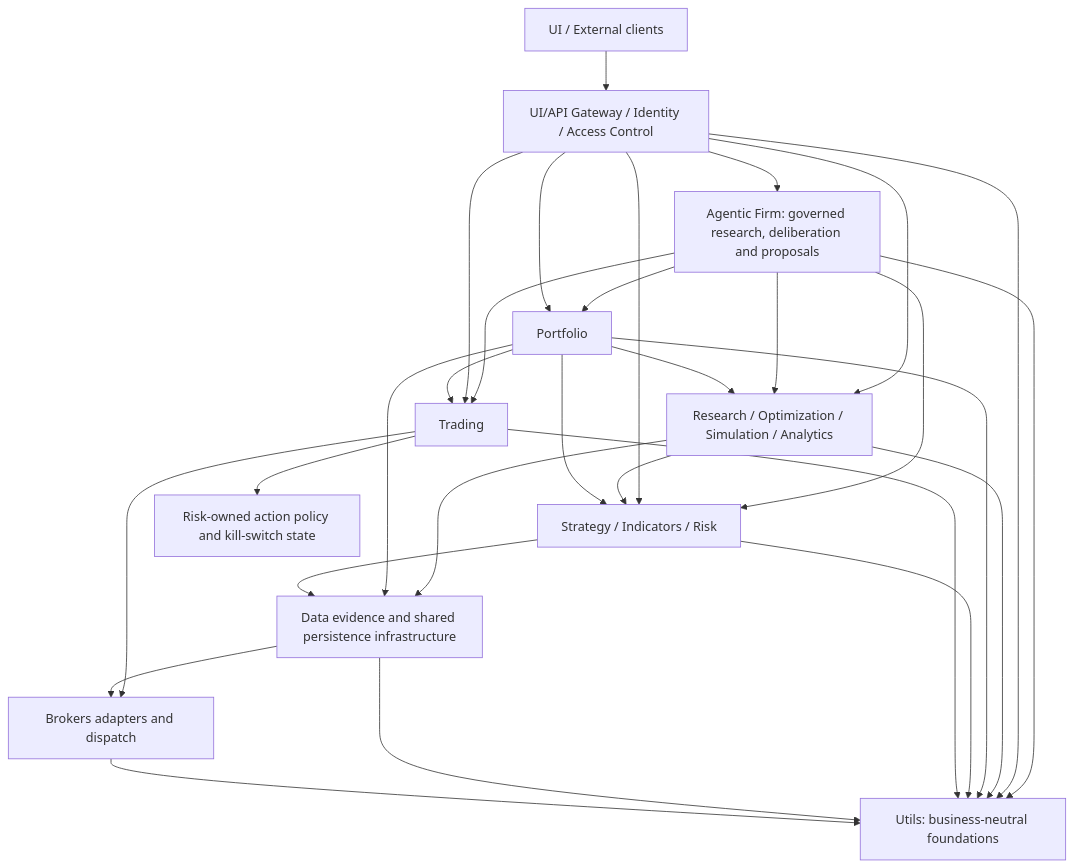
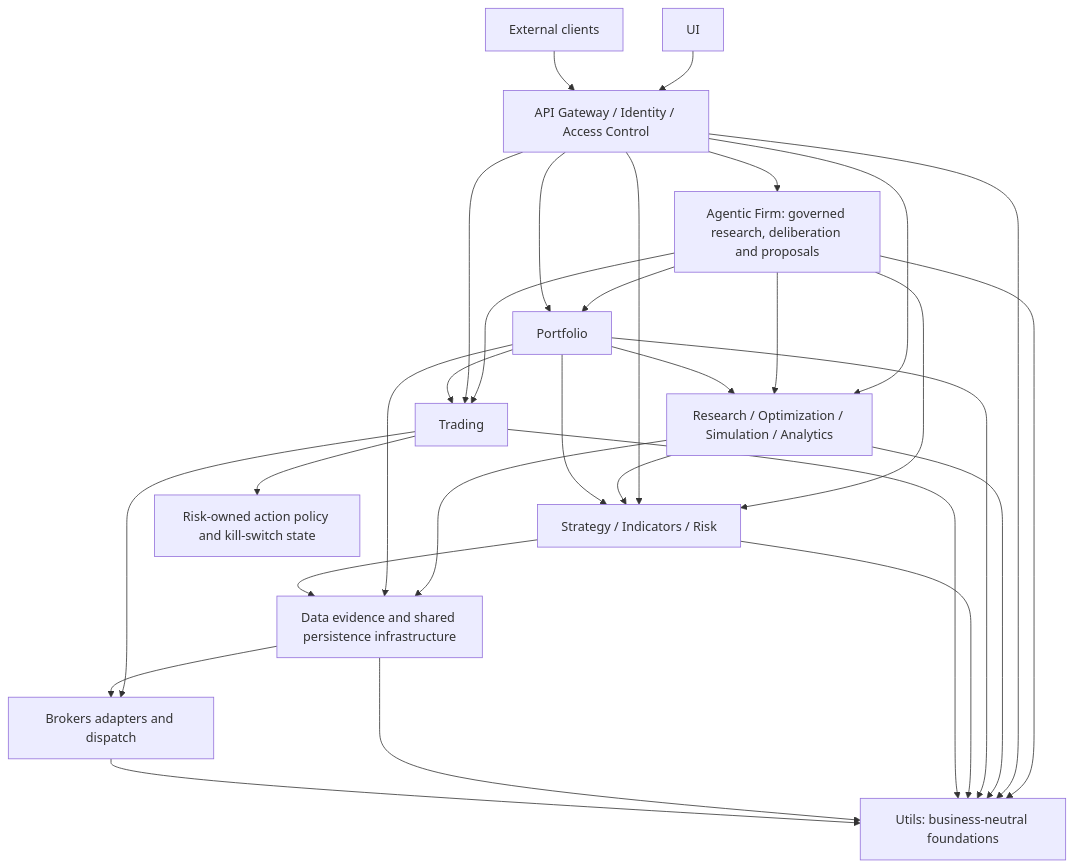
The first of 2 diagrams in docs/ARCHITECTURE.md (haruperi/HaruQuantAI), drawn with Mermaid before and after one commit. The commit also changed other lines of this file and 307 other files, not shown here.

````diff
--- a/docs/ARCHITECTURE.md
+++ b/docs/ARCHITECTURE.md
@@ -373,31 +374,32 @@
 ```mermaid
 flowchart TD
-    CLIENT["UI / External clients"] --> API["UI/API Gateway / Identity / Access Control"]
+    UI["UI"] --> API["API Gateway / Identity / Access Control"]
+    CLIENT["External clients"] --> API
     API --> AGENTIC["Agentic Firm: governed research, deliberation and proposals"]
     API --> ORCH["Research / Optimization / Simulation / Analytics"]
     AGENTIC --> ORCH
     AGENTIC --> DECIDE
     AGENTIC --> PORT
     AGENTIC --> TRADING
     AGENTIC --> UTILS
     API --> PORT["Portfolio"]
     API --> DECIDE["Strategy / Indicators / Risk"]
     API --> TRADING["Trading"]
     ORCH --> DECIDE
     ORCH --> DATA["Data evidence and shared persistence infrastructure"]
     PORT --> ORCH
     PORT --> DECIDE
     PORT --> TRADING
     PORT --> DATA
     DECIDE --> DATA
     TRADING --> RISK["Risk-owned action policy and kill-switch state"]
     TRADING --> BROKERS["Brokers adapters and dispatch"]
     DATA --> BROKERS
     API --> UTILS["Utils: business-neutral foundations"]
     ORCH --> UTILS
     PORT --> UTILS
     DECIDE --> UTILS
     TRADING --> UTILS
     DATA --> UTILS
     BROKERS --> UTILS
 ```
````
